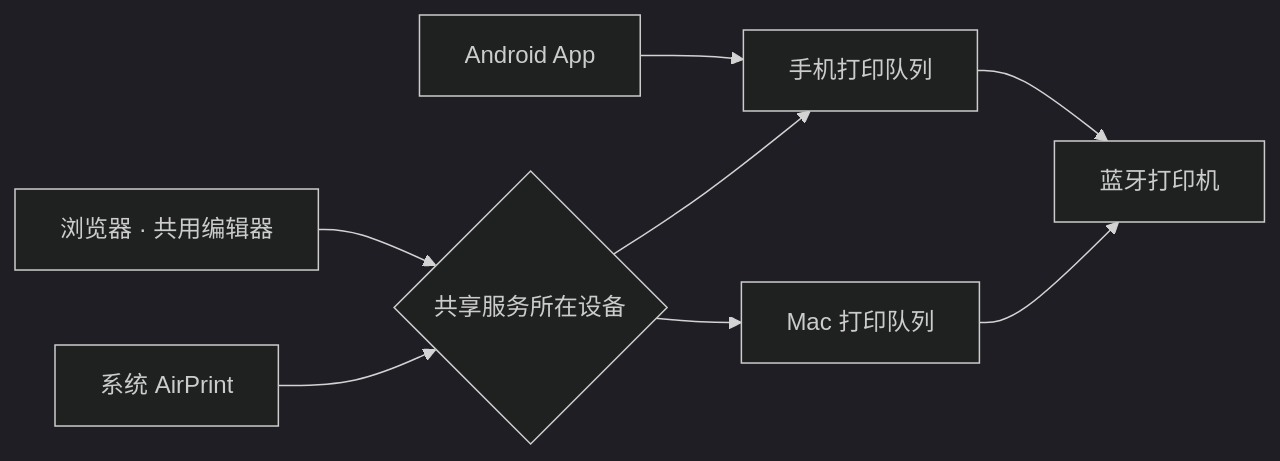
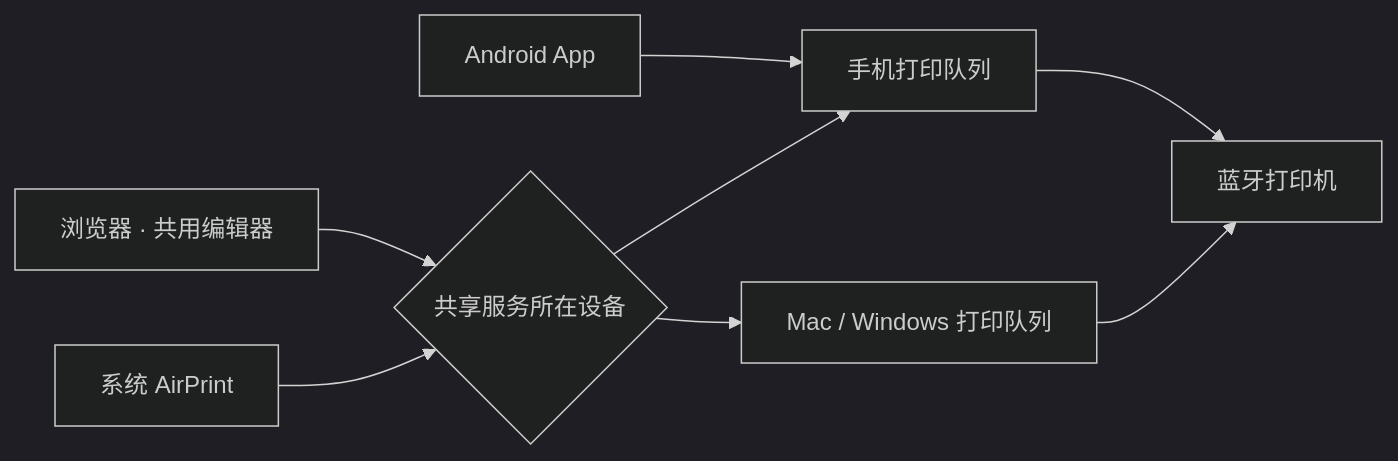
Before and after one commit to taocy001/mijia-print-studio: the diagram in README.md, drawn with Mermaid (dark theme). The commit also changed other lines of this file and 22 other files, not shown here.

````diff
--- a/README.md
+++ b/README.md
@@ -5,10 +5,10 @@
 ```mermaid
 flowchart LR
     A[Android App] --> P[手机打印队列]
     B[浏览器 · 共用编辑器] --> W{共享服务所在设备}
     C[系统 AirPrint] --> W
     W --> P
-    W --> M[Mac 打印队列]
+    W --> M[Mac / Windows 打印队列]
     P --> D[蓝牙打印机]
     M --> D
 ```
````
